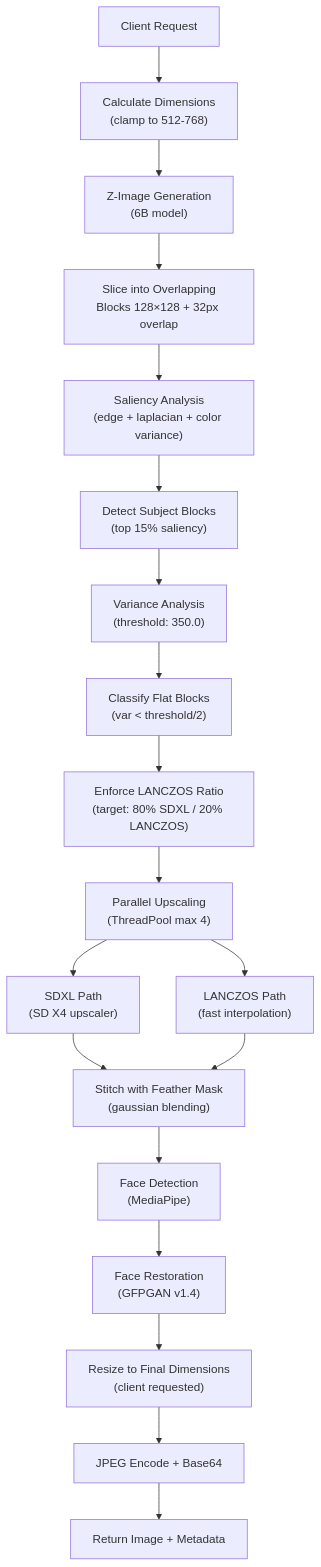
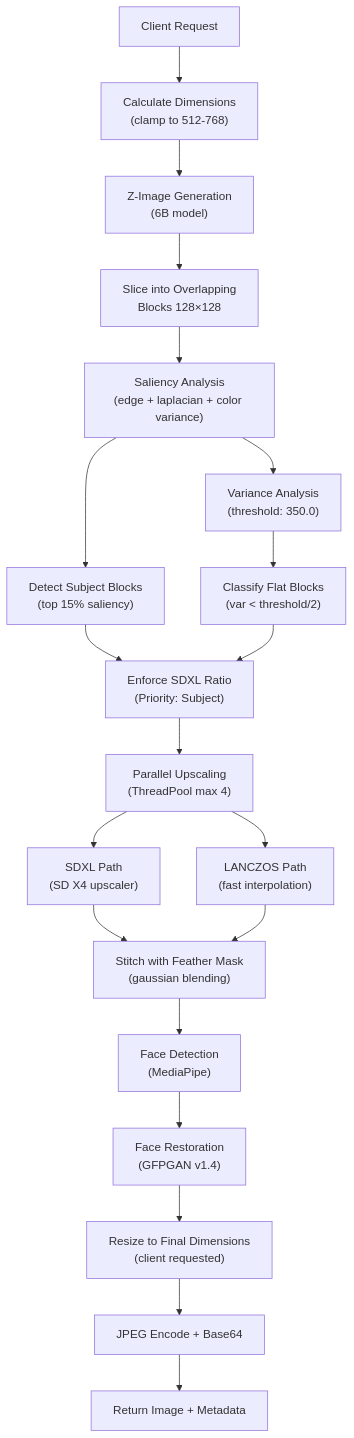
One commit to pollinations/pollinations changed the diagram in image.pollinations.ai/z-image/README.md. Above: the diagram before and after it, drawn with Mermaid.

Commit message:
updated the workflow in the readme

````diff
--- a/image.pollinations.ai/z-image/README.md
+++ b/image.pollinations.ai/z-image/README.md
@@ -14,21 +14,27 @@
 ```mermaid
 flowchart TD
   A[Client Request] --> B["Calculate Dimensions<br/>(clamp to 512-768)"]
   B --> C["Z-Image Generation<br/>(6B model)"]
-  C --> D["Slice into Overlapping<br/>Blocks 128×128 + 32px overlap"]
+  C --> D["Slice into Overlapping<br/>Blocks 128×128"]
   D --> E["Saliency Analysis<br/>(edge + laplacian + color variance)"]
+  
   E --> F["Detect Subject Blocks<br/>(top 15% saliency)"]
-  F --> G["Variance Analysis<br/>(threshold: 350.0)"]
+  E --> G["Variance Analysis<br/>(threshold: 350.0)"]
+  
+  F --> I["Enforce SDXL Ratio<br/>(Priority: Subject)"]
   G --> H["Classify Flat Blocks<br/>(var < threshold/2)"]
-  H --> I["Enforce LANCZOS Ratio<br/>(target: 80% SDXL / 20% LANCZOS)"]
+  H --> I
+  
   I --> J["Parallel Upscaling<br/>(ThreadPool max 4)"]
   J --> J1["SDXL Path<br/>(SD X4 upscaler)"]
   J --> J2["LANCZOS Path<br/>(fast interpolation)"]
+  
   J1 --> K["Stitch with Feather Mask<br/>(gaussian blending)"]
   J2 --> K
+  
   K --> L["Face Detection<br/>(MediaPipe)"]
   L --> M["Face Restoration<br/>(GFPGAN v1.4)"]
   M --> N["Resize to Final Dimensions<br/>(client requested)"]
   N --> O["JPEG Encode + Base64"]
   O --> P["Return Image + Metadata"]
 ```
````
